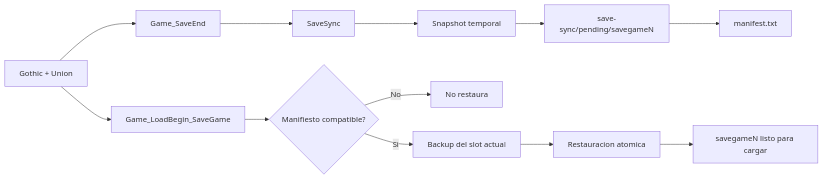
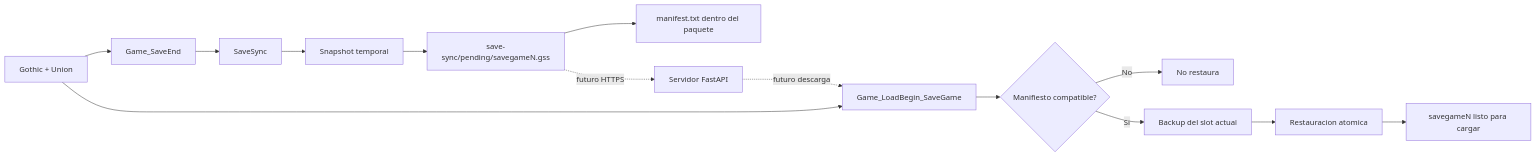
Before and after one commit to Andressance/gothic_game_sync: the first of 2 diagrams in README.md, drawn with Mermaid. The commit also changed other lines of this file and 8 other files, not shown here.

Commit message:
Add save package API and Render deployment

````diff
--- a/README.md
+++ b/README.md
@@ -22,15 +33,18 @@
 ```mermaid
 flowchart LR
     G[Gothic + Union] --> E[Game_SaveEnd]
     E --> S[SaveSync]
     S --> T[Snapshot temporal]
-    T --> P[save-sync/pending/savegameN]
-    P --> M[manifest.txt]
+    T --> P[save-sync/pending/savegameN.gss]
+    P --> M[manifest.txt dentro del paquete]
 
     G --> L[Game_LoadBegin_SaveGame]
     L --> V{Manifiesto compatible?}
     V -- No --> X[No restaura]
     V -- Si --> B[Backup del slot actual]
     B --> R[Restauracion atomica]
     R --> C[savegameN listo para cargar]
+
+    P -. futuro HTTPS .-> A[Servidor FastAPI]
+    A -. futuro descarga .-> L
 ```
````
